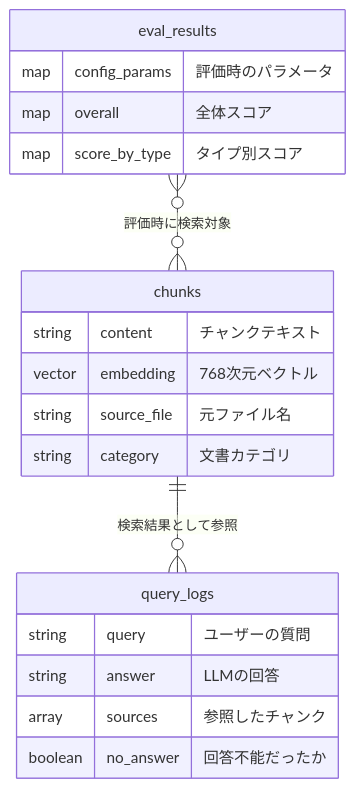
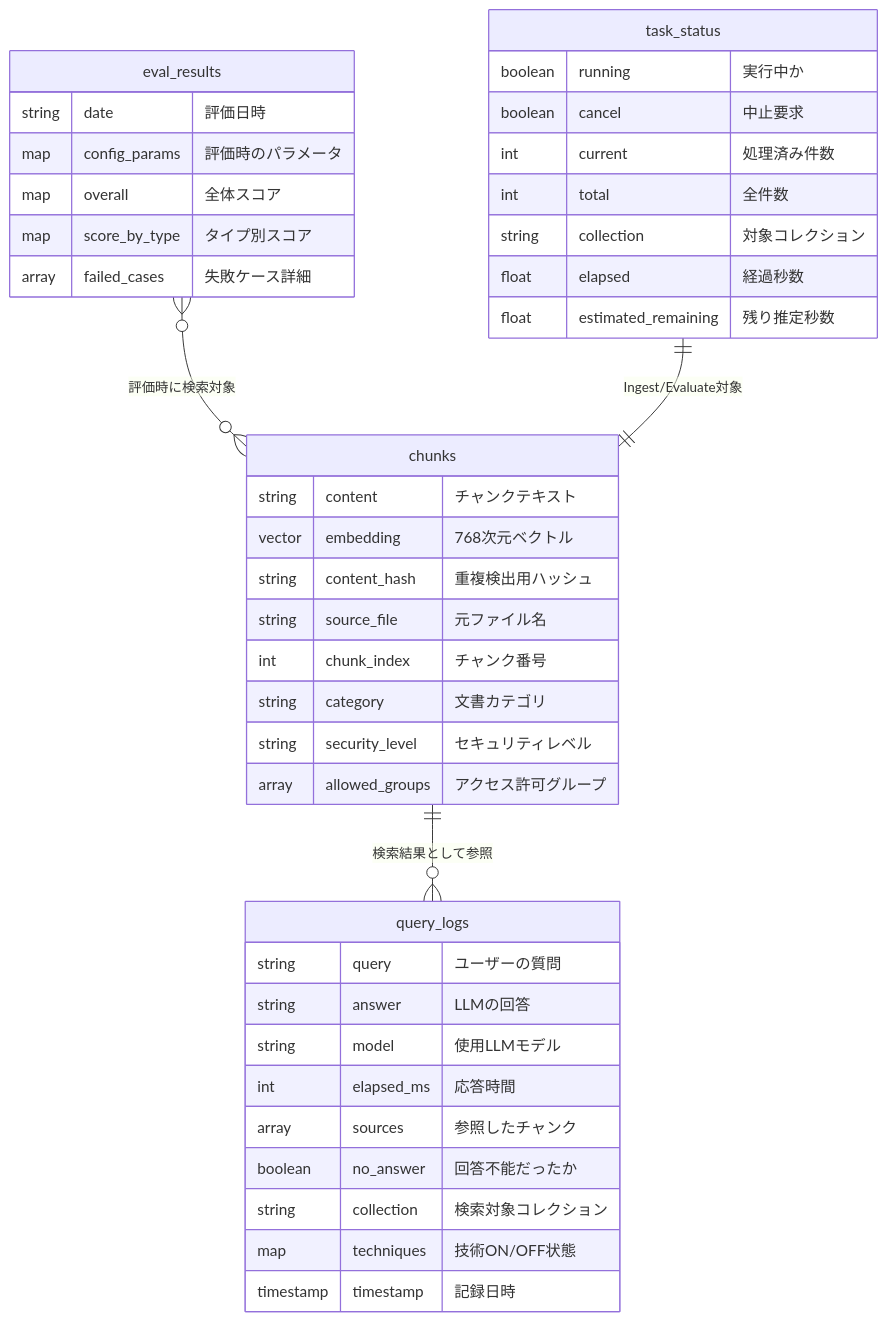
One commit to ishimori/poc_rag_gcp_public changed the second of 2 diagrams in doc/spec/app/database.md. Above: the diagram before and after it, drawn with Mermaid. The commit also changed other lines of this file and 2 other files, not shown here.

````diff
--- a/doc/spec/app/database.md
+++ b/doc/spec/app/database.md
@@ -43,25 +48,47 @@
 ```mermaid
 erDiagram
     chunks ||--o{ query_logs : "検索結果として参照"
     eval_results }o--o{ chunks : "評価時に検索対象"
+    task_status ||--|| chunks : "Ingest/Evaluate対象"
 
     chunks {
         string content "チャンクテキスト"
         vector embedding "768次元ベクトル"
+        string content_hash "重複検出用ハッシュ"
         string source_file "元ファイル名"
+        int chunk_index "チャンク番号"
         string category "文書カテゴリ"
+        string security_level "セキュリティレベル"
+        array allowed_groups "アクセス許可グループ"
     }
 
     query_logs {
         string query "ユーザーの質問"
         string answer "LLMの回答"
+        string model "使用LLMモデル"
+        int elapsed_ms "応答時間"
         array sources "参照したチャンク"
         boolean no_answer "回答不能だったか"
+        string collection "検索対象コレクション"
+        map techniques "技術ON/OFF状態"
+        timestamp timestamp "記録日時"
     }
 
     eval_results {
+        string date "評価日時"
         map config_params "評価時のパラメータ"
         map overall "全体スコア"
         map score_by_type "タイプ別スコア"
+        array failed_cases "失敗ケース詳細"
+    }
+
+    task_status {
+        boolean running "実行中か"
+        boolean cancel "中止要求"
+        int current "処理済み件数"
+        int total "全件数"
+        string collection "対象コレクション"
+        float elapsed "経過秒数"
+        float estimated_remaining "残り推定秒数"
     }
 ```
````
